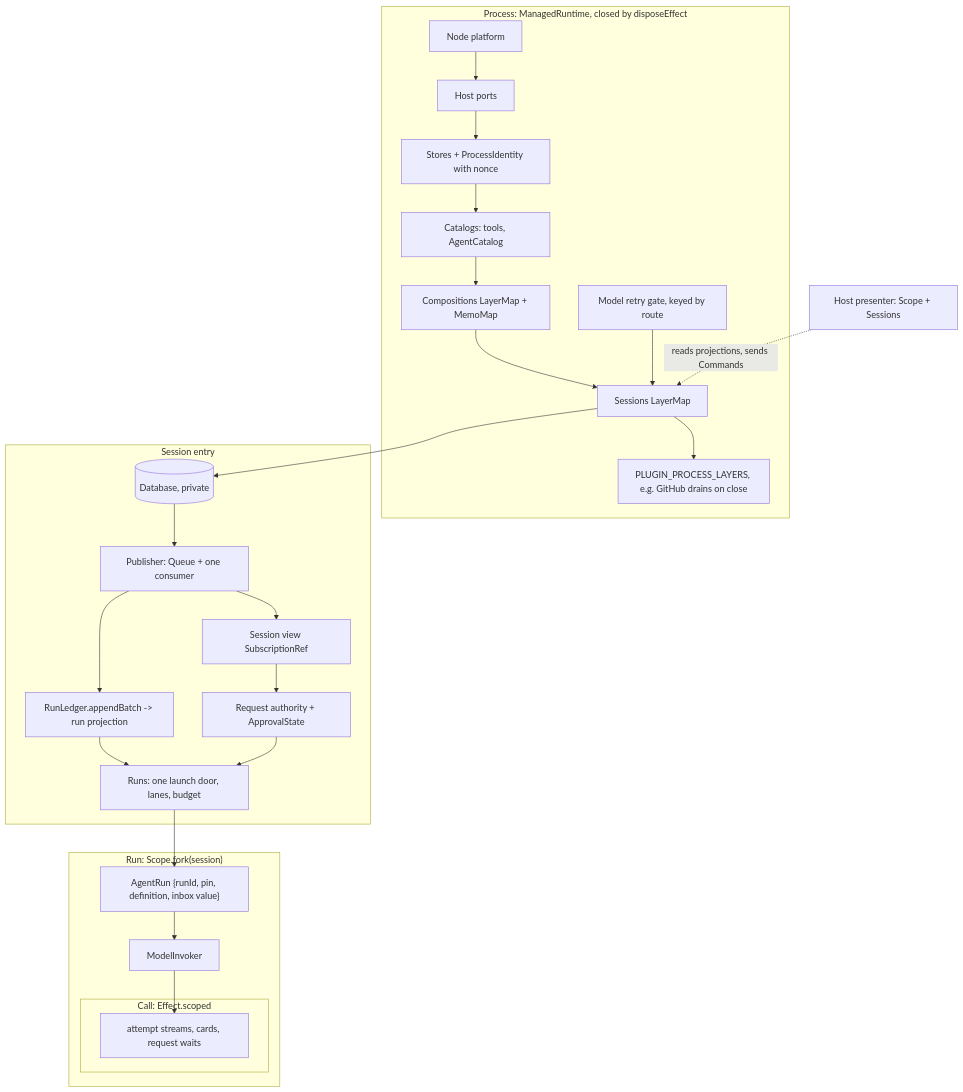
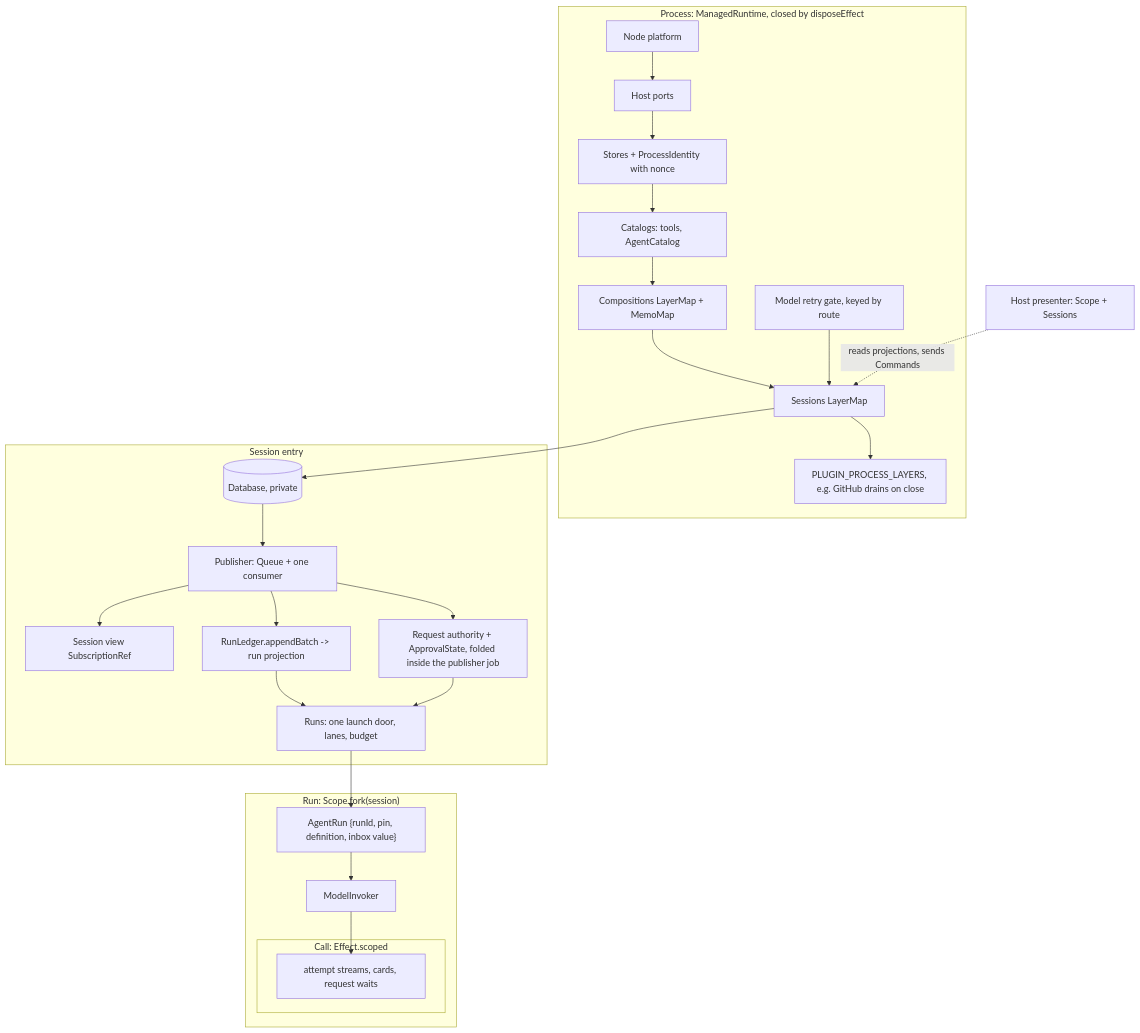
The diagram in .agents/docs/proposed/architecture/2026-09-26-core-concepts.md (LionSR/TeXRA), drawn with Mermaid before and after one commit. The commit also changed other lines of this file and 2 other files, not shown here.

First line of the commit message:
docs(architecture): address core-concepts review threads (first pass)

````diff
--- a/.agents/docs/proposed/architecture/2026-09-26-core-concepts.md
+++ b/.agents/docs/proposed/architecture/2026-09-26-core-concepts.md
@@ -360,29 +378,29 @@
 ```mermaid
 graph TD
   subgraph Process["Process: ManagedRuntime, closed by disposeEffect"]
     NP[Node platform] --> HP[Host ports] --> ST[Stores + ProcessIdentity with nonce]
     ST --> CAT[Catalogs: tools, AgentCatalog]
     CAT --> CMP[Compositions LayerMap + MemoMap]
     CMP --> SES[Sessions LayerMap]
     RG[Model retry gate, keyed by route] --> SES
     SES --> PPL[PLUGIN_PROCESS_LAYERS, e.g. GitHub drains on close]
   end
   subgraph Session["Session entry"]
     DB[(Database, private)] --> PUB[Publisher: Queue + one consumer]
     PUB --> VIEW[Session view SubscriptionRef]
     PUB --> LED[RunLedger.appendBatch -> run projection]
-    VIEW --> REQ[Request authority + ApprovalState]
+    PUB --> REQ[Request authority + ApprovalState, folded inside the publisher job]
     LED --> RUNS[Runs: one launch door, lanes, budget]
     REQ --> RUNS
   end
   SES --> DB
   subgraph Run["Run: Scope.fork(session)"]
     AR["AgentRun {runId, pin, definition, inbox value}"] --> MI[ModelInvoker]
     subgraph Call["Call: Effect.scoped"]
       C1[attempt streams, cards, request waits]
     end
     MI --> C1
   end
   RUNS --> AR
   HOST["Host presenter: Scope + Sessions"] -. reads projections, sends Commands .-> SES
 ```
````
